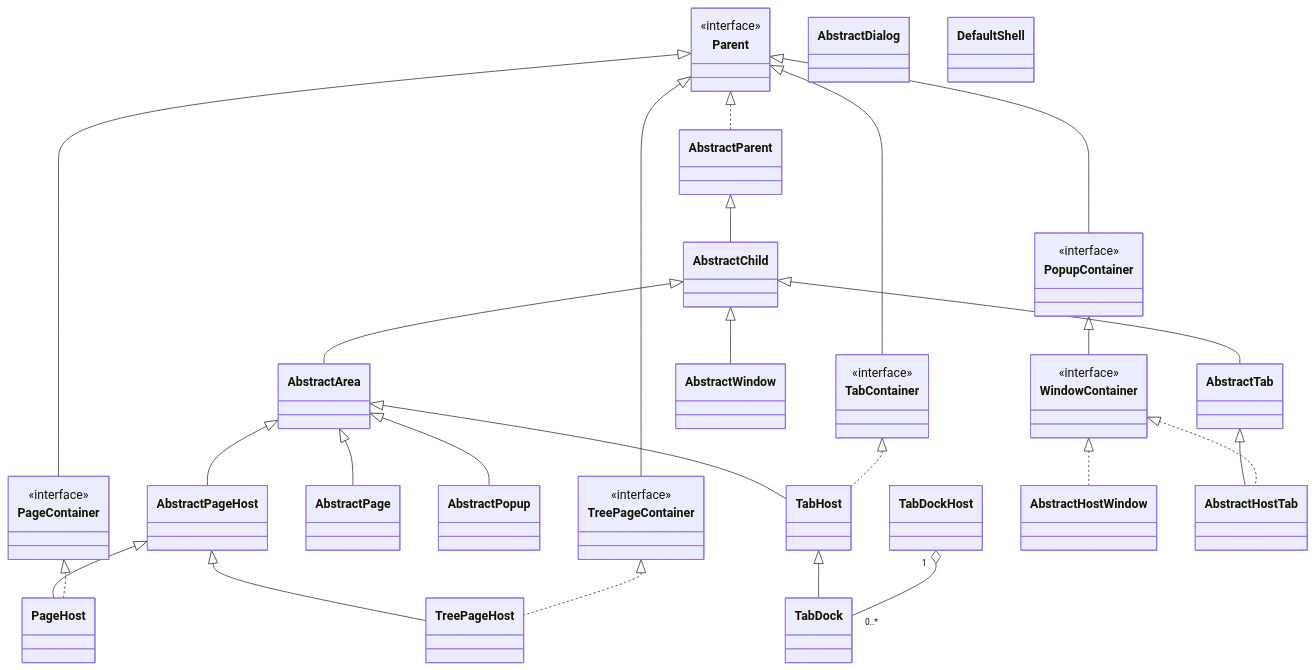
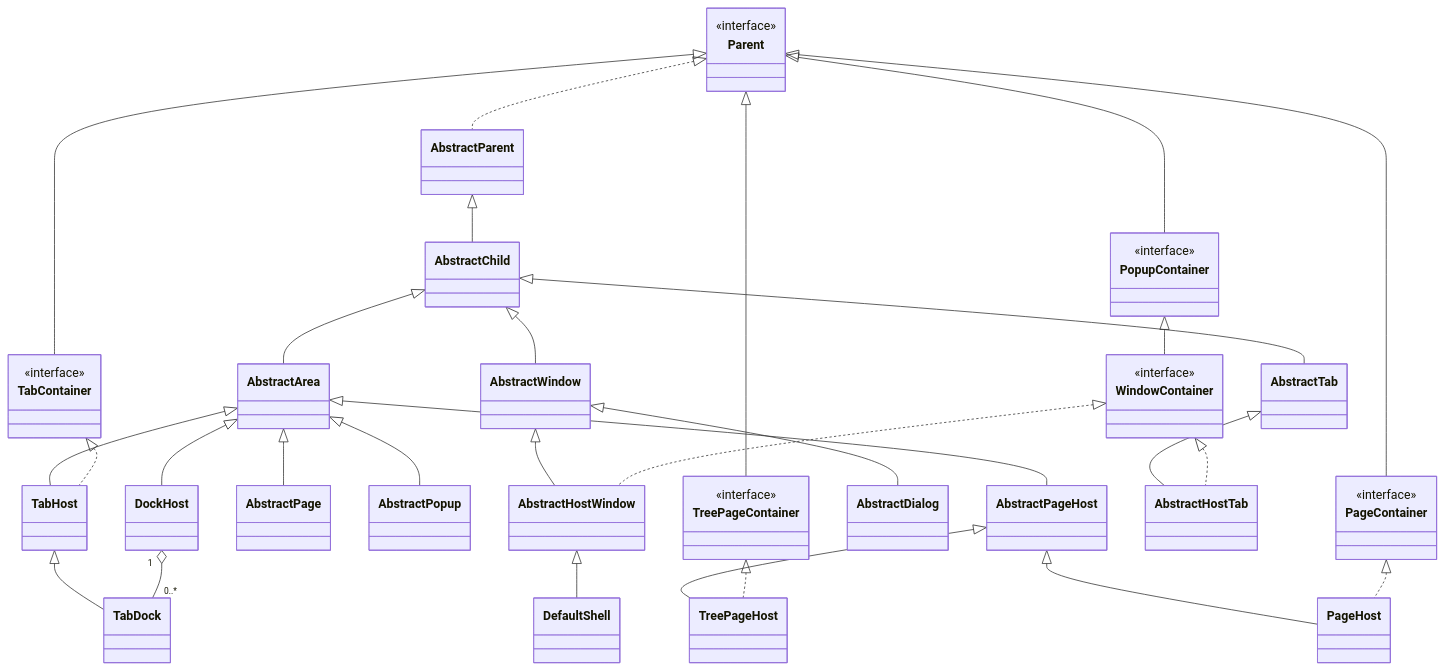
One commit to techsenger/shellfx changed the diagram in README.md. Above: the diagram before and after it, drawn with Mermaid.

````diff
--- a/README.md
+++ b/README.md
@@ -202,7 +202,6 @@
 
 class TabHost
 class TabDock
-class TabDockHost
 
 class AbstractWindow
 class AbstractDialog
@@ -237,6 +236,11 @@
 
 TabHost <|-- TabDock
 
+AbstractWindow <|-- AbstractDialog
+AbstractWindow <|-- AbstractHostWindow
+
+AbstractHostWindow <|-- DefaultShell
+
 AbstractTab <|-- AbstractHostTab
 
 PageContainer <|.. PageHost
@@ -248,5 +252,6 @@
 WindowContainer <|.. AbstractHostTab
 
 %% composition: 0..N TabDock inside TabDockHost
-TabDockHost "1" o-- "0..*" TabDock
+DockHost "1" o-- "0..*" TabDock
+AbstractArea <|-- DockHost
 ```
````
